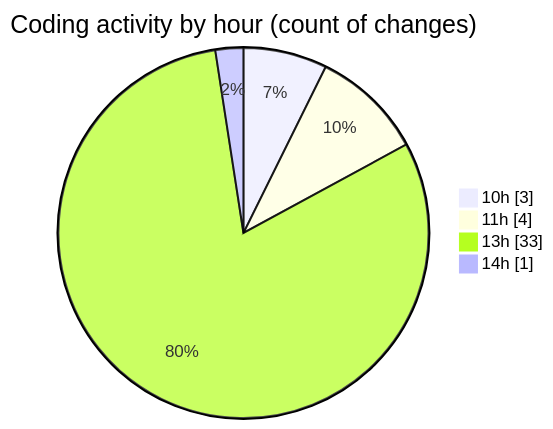
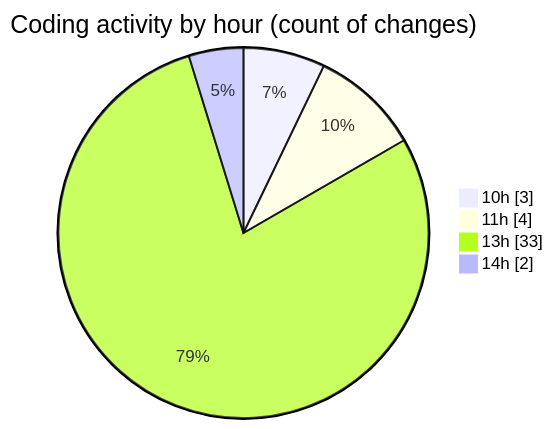
One commit to momahboobian/code-tracking changed the second of 2 diagrams in 2025-08-14/cda/README.md. Above: the diagram before and after it, drawn with Mermaid. The commit also changed other lines of this file and 1 other file, not shown here.

````diff
--- a/2025-08-14/cda/README.md
+++ b/2025-08-14/cda/README.md
@@ -47,8 +49,8 @@
 ```mermaid
 pie showData
 title Coding activity by hour (count of changes)
 "10h" : 3
 "11h" : 4
 "13h" : 33
-"14h" : 1
+"14h" : 2
 ```
````
